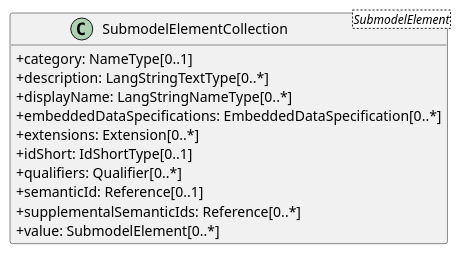
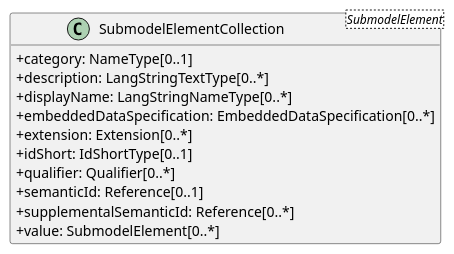
Before and after one commit to zrgt/py2puml: the diagram in output/classes/SubmodelElementCollection.puml, drawn with PlantUML. The commit also changed 52 other files, not shown here.

```diff
--- a/output/classes/SubmodelElementCollection.puml
+++ b/output/classes/SubmodelElementCollection.puml
@@ -1,17 +1,17 @@
 @startuml
 skinparam classAttributeIconSize 0
 hide methods
 
 class SubmodelElementCollection<SubmodelElement> {
   +category: NameType[0..1] 
   +description: LangStringTextType[0..*] 
   +displayName: LangStringNameType[0..*] 
-  +embeddedDataSpecifications: EmbeddedDataSpecification[0..*] 
-  +extensions: Extension[0..*] 
+  +embeddedDataSpecification: EmbeddedDataSpecification[0..*] 
+  +extension: Extension[0..*] 
   +idShort: IdShortType[0..1] 
-  +qualifiers: Qualifier[0..*] 
+  +qualifier: Qualifier[0..*] 
   +semanticId: Reference[0..1] 
-  +supplementalSemanticIds: Reference[0..*] 
+  +supplementalSemanticId: Reference[0..*] 
   +value: SubmodelElement[0..*] 
 }
 @enduml
```
